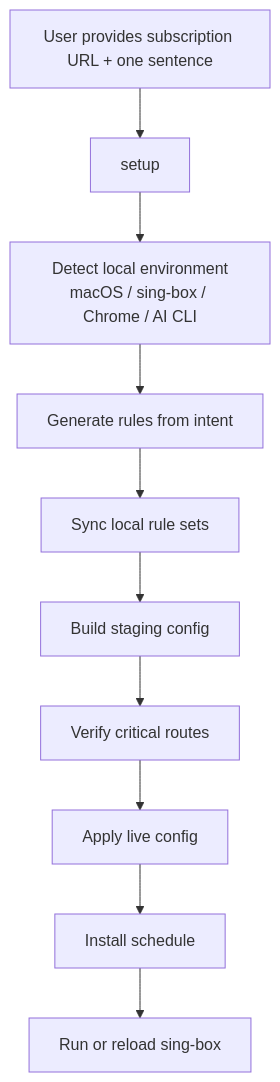
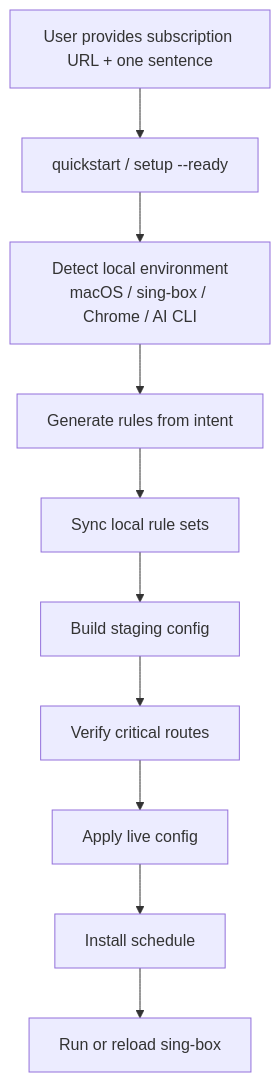
Before and after one commit to menlong999/singbox-iac: the second of 2 diagrams in README-en.md, drawn with Mermaid. The commit also changed other lines of this file and 38 other files, not shown here.

````diff
--- a/README-en.md
+++ b/README-en.md
@@ -63,12 +63,12 @@
 ```mermaid
 flowchart TD
-    A["User provides subscription URL + one sentence"] --> B["setup"]
+    A["User provides subscription URL + one sentence"] --> B["quickstart / setup --ready"]
     B --> C["Detect local environment<br/>macOS / sing-box / Chrome / AI CLI"]
     C --> D["Generate rules from intent"]
     D --> E["Sync local rule sets"]
     E --> F["Build staging config"]
     F --> G["Verify critical routes"]
     G --> H["Apply live config"]
     H --> I["Install schedule"]
     I --> J["Run or reload sing-box"]
 ```
````
